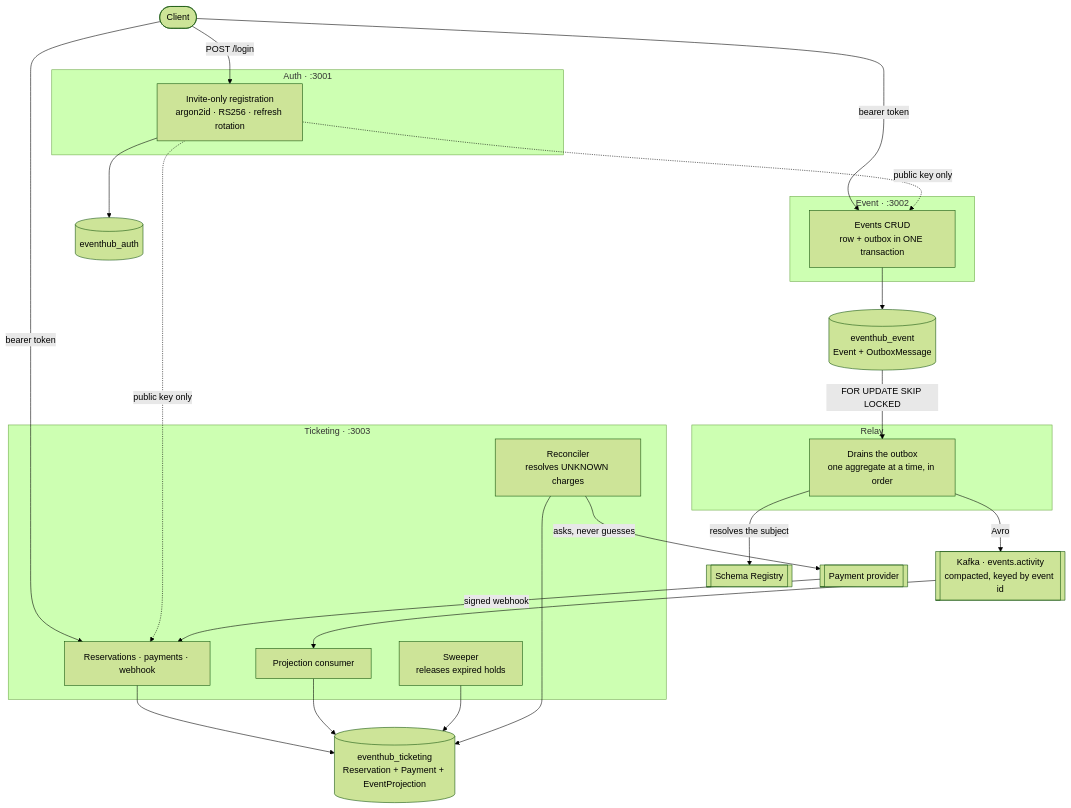
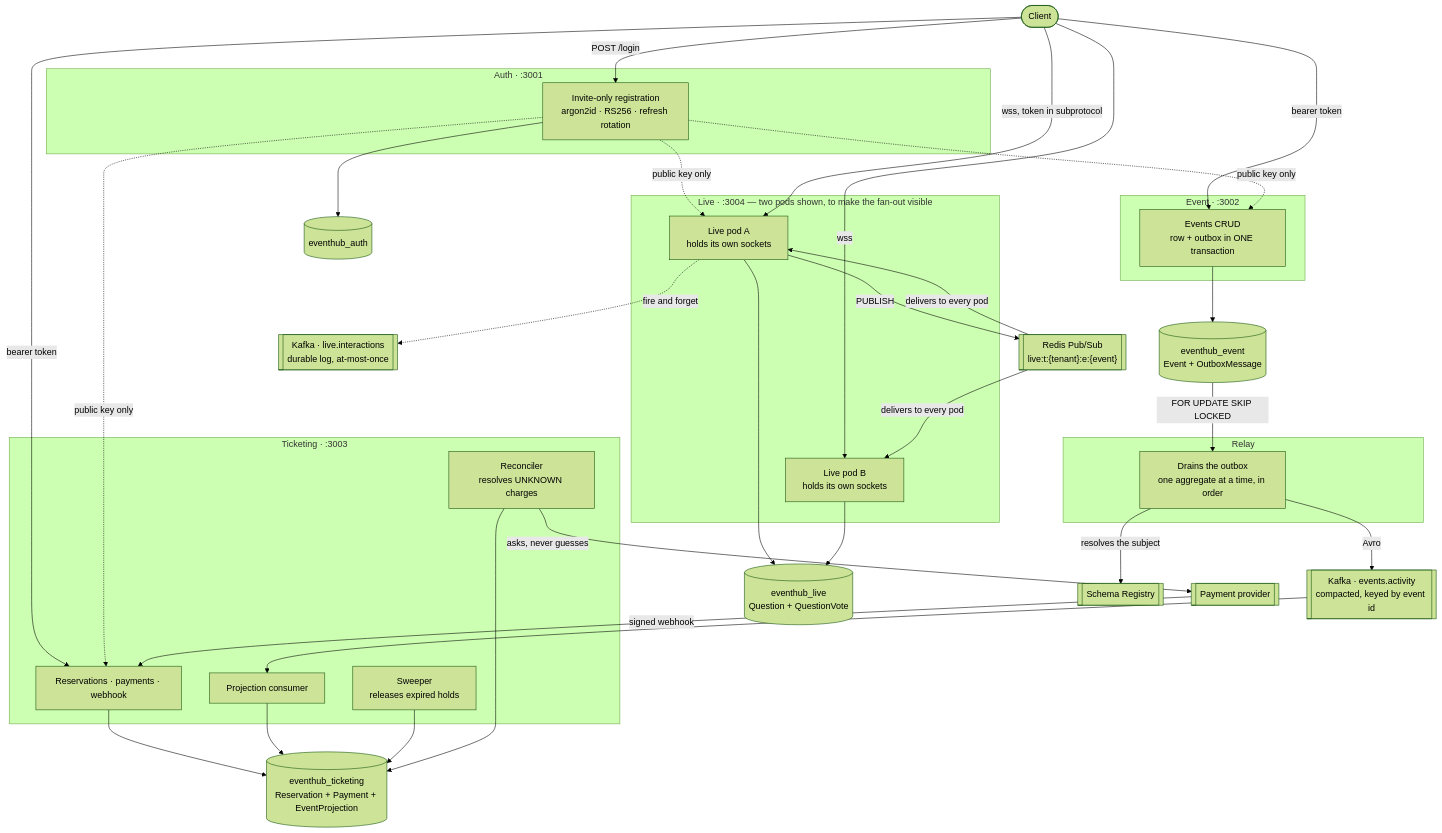
The diagram in README.md (Alfred-Goh02/EventHub), drawn with Mermaid (forest theme) before and after one commit. The commit also changed other lines of this file and 15 other files, not shown here.

First line of the commit message:
Chapter 5, part 2: a question posted on one pod reaches a client on another

````diff
--- a/README.md
+++ b/README.md
@@ -92,51 +92,69 @@
 ```mermaid
 flowchart TB
   subgraph AUTHSVC["Auth · :3001"]
     AUTH["Invite-only registration<br/>argon2id · RS256 · refresh rotation"]
   end
 
   subgraph EVENTSVC["Event · :3002"]
     EVENT["Events CRUD<br/>row + outbox in ONE transaction"]
   end
 
   subgraph RELAYSVC["Relay"]
     RELAY["Drains the outbox<br/>one aggregate at a time, in order"]
   end
 
   subgraph TKTSVC["Ticketing · :3003"]
     TKT["Reservations · payments · webhook"]
     PROJ["Projection consumer"]
     SWEEP["Sweeper<br/>releases expired holds"]
     RECON["Reconciler<br/>resolves UNKNOWN charges"]
   end
 
+  subgraph LIVESVC["Live · :3004 — two pods shown, to make the fan-out visible"]
+    LIVEA["Live pod A<br/>holds its own sockets"]
+    LIVEB["Live pod B<br/>holds its own sockets"]
+  end
+
   CLIENT(["Client"])
   DBAUTH[("eventhub_auth")]
   DBEVENT[("eventhub_event<br/>Event + OutboxMessage")]
   DBTKT[("eventhub_ticketing<br/>Reservation + Payment + EventProjection")]
+  DBLIVE[("eventhub_live<br/>Question + QuestionVote")]
   KAFKA[["Kafka · events.activity<br/>compacted, keyed by event id"]]
+  KAFKALIVE[["Kafka · live.interactions<br/>durable log, at-most-once"]]
+  REDIS[["Redis Pub/Sub<br/>live:t:{tenant}:e:{event}"]]
   REGISTRY[["Schema Registry"]]
   PROVIDER[["Payment provider"]]
 
   CLIENT -->|"POST /login"| AUTH
   CLIENT -->|"bearer token"| EVENT
   CLIENT -->|"bearer token"| TKT
 
   AUTH -.->|"public key only"| EVENT
   AUTH -.->|"public key only"| TKT
+  AUTH -.->|"public key only"| LIVEA
 
   AUTH --> DBAUTH
   EVENT --> DBEVENT
   TKT --> DBTKT
   PROJ --> DBTKT
   SWEEP --> DBTKT
   RECON --> DBTKT
 
   DBEVENT -->|"FOR UPDATE SKIP LOCKED"| RELAY
   RELAY -->|"resolves the subject"| REGISTRY
   RELAY -->|"Avro"| KAFKA
   KAFKA --> PROJ
 
   RECON -->|"asks, never guesses"| PROVIDER
   PROVIDER -->|"signed webhook"| TKT
+
+  CLIENT -->|"wss, token in subprotocol"| LIVEA
+  CLIENT -->|"wss"| LIVEB
+  LIVEA --> DBLIVE
+  LIVEB --> DBLIVE
+  LIVEA -->|"PUBLISH"| REDIS
+  REDIS -->|"delivers to every pod"| LIVEA
+  REDIS -->|"delivers to every pod"| LIVEB
+  LIVEA -.->|"fire and forget"| KAFKALIVE
 ```
````
